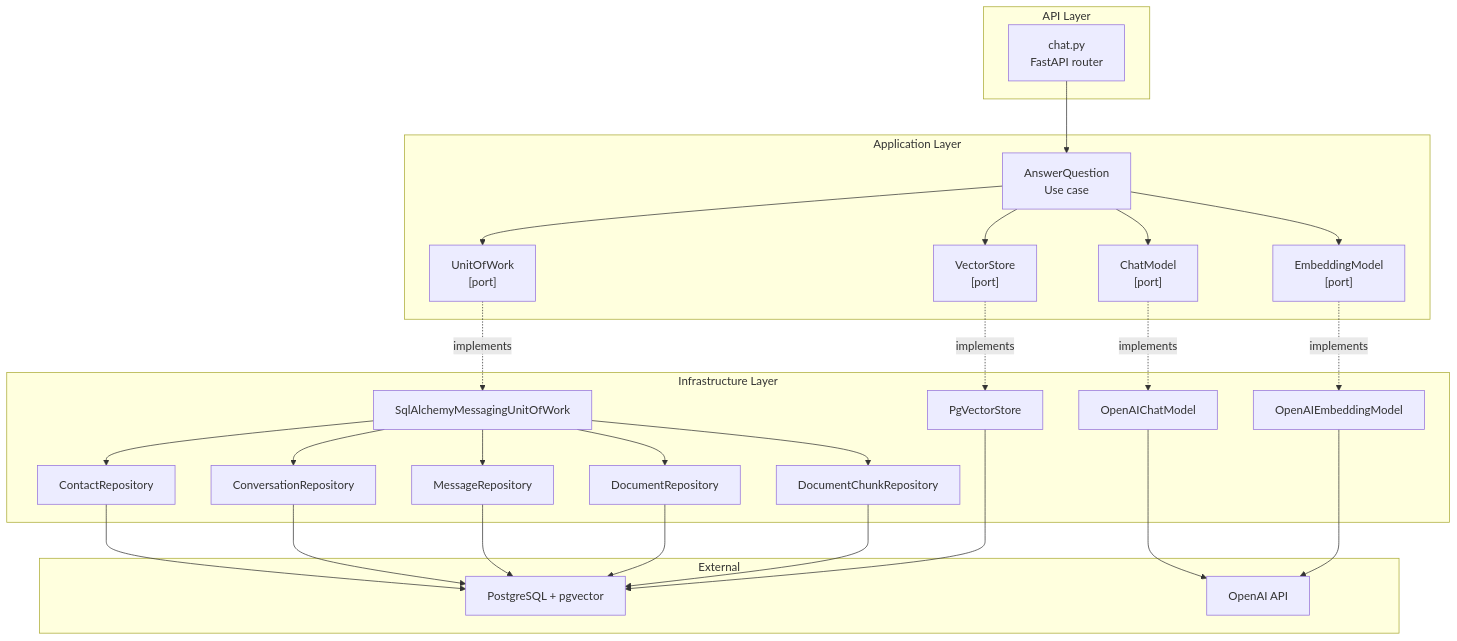
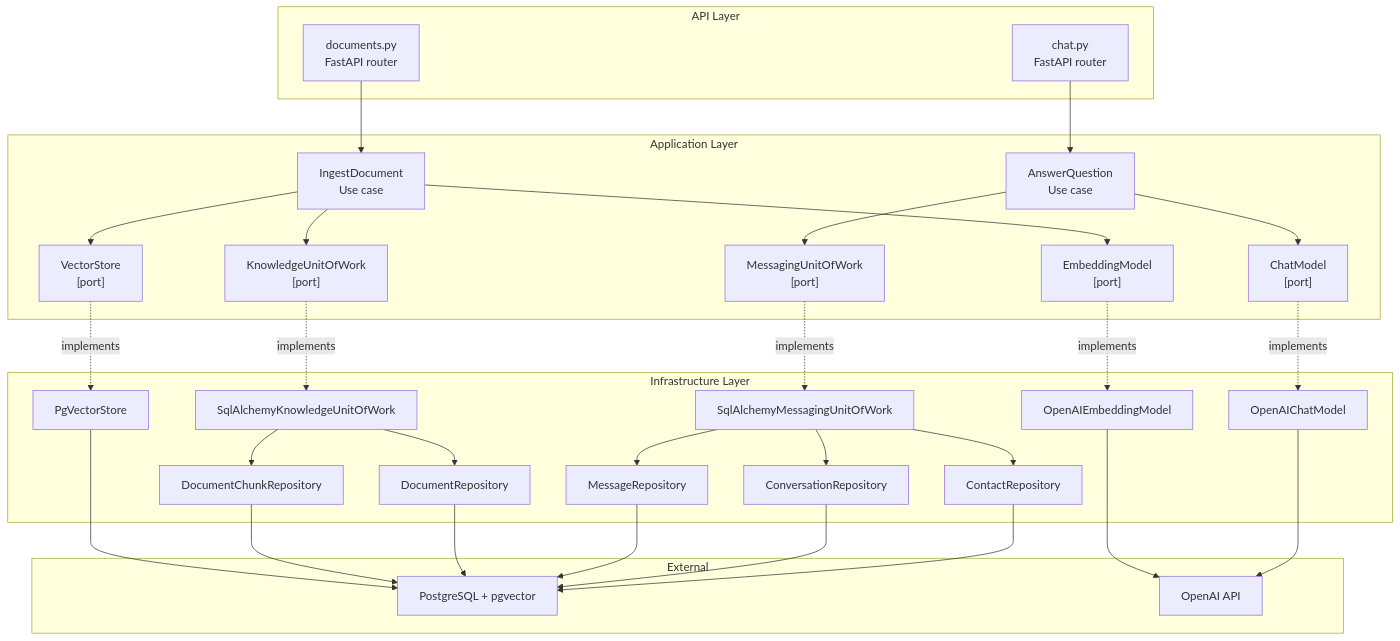
The third of 3 diagrams in docs/architecture.md (camercadop/knowledge-support-ai-agent), drawn with Mermaid before and after one commit. The commit also changed other lines of this file and 2 other files, not shown here.

Commit message:
docs(project): Enhance documentation for setup, configuration, and knowledge features

````diff
--- a/docs/architecture.md
+++ b/docs/architecture.md
@@ -44,54 +44,61 @@
 ```mermaid
 flowchart TB
     subgraph api["API Layer"]
         chat_router["chat.py\nFastAPI router"]
+        docs_router["documents.py\nFastAPI router"]
     end
 
     subgraph app["Application Layer"]
-        use_case["AnswerQuestion\nUse case"]
-        port_uow["UnitOfWork\n[port]"]
+        uc_answer["AnswerQuestion\nUse case"]
+        uc_ingest["IngestDocument\nUse case"]
+        port_msg_uow["MessagingUnitOfWork\n[port]"]
+        port_know_uow["KnowledgeUnitOfWork\n[port]"]
         port_chat["ChatModel\n[port]"]
         port_embed["EmbeddingModel\n[port]"]
         port_vs["VectorStore\n[port]"]
     end
 
     subgraph infra["Infrastructure Layer"]
-        sql_uow["SqlAlchemyMessagingUnitOfWork"]
+        sql_msg_uow["SqlAlchemyMessagingUnitOfWork"]
+        sql_know_uow["SqlAlchemyKnowledgeUnitOfWork"]
         contact_repo["ContactRepository"]
         conv_repo["ConversationRepository"]
         msg_repo["MessageRepository"]
         doc_repo["DocumentRepository"]
         chunk_repo["DocumentChunkRepository"]
         openai_chat["OpenAIChatModel"]
         openai_embed["OpenAIEmbeddingModel"]
         pgvector["PgVectorStore"]
     end
 
     subgraph external["External"]
         postgres["PostgreSQL + pgvector"]
         openai["OpenAI API"]
     end
 
-    chat_router --> use_case
-    use_case --> port_uow
-    use_case --> port_chat
-    use_case --> port_embed
-    use_case --> port_vs
-    port_uow -.->|implements| sql_uow
+    chat_router --> uc_answer
+    docs_router --> uc_ingest
+    uc_answer --> port_msg_uow
+    uc_answer --> port_chat
+    uc_ingest --> port_know_uow
+    uc_ingest --> port_embed
+    uc_ingest --> port_vs
+    port_msg_uow -.->|implements| sql_msg_uow
+    port_know_uow -.->|implements| sql_know_uow
     port_chat -.->|implements| openai_chat
     port_embed -.->|implements| openai_embed
     port_vs -.->|implements| pgvector
-    sql_uow --> contact_repo
-    sql_uow --> conv_repo
-    sql_uow --> msg_repo
-    sql_uow --> doc_repo
-    sql_uow --> chunk_repo
+    sql_msg_uow --> contact_repo
+    sql_msg_uow --> conv_repo
+    sql_msg_uow --> msg_repo
+    sql_know_uow --> doc_repo
+    sql_know_uow --> chunk_repo
     contact_repo --> postgres
     conv_repo --> postgres
     msg_repo --> postgres
     doc_repo --> postgres
     chunk_repo --> postgres
     pgvector --> postgres
     openai_chat --> openai
     openai_embed --> openai
 ```
````
